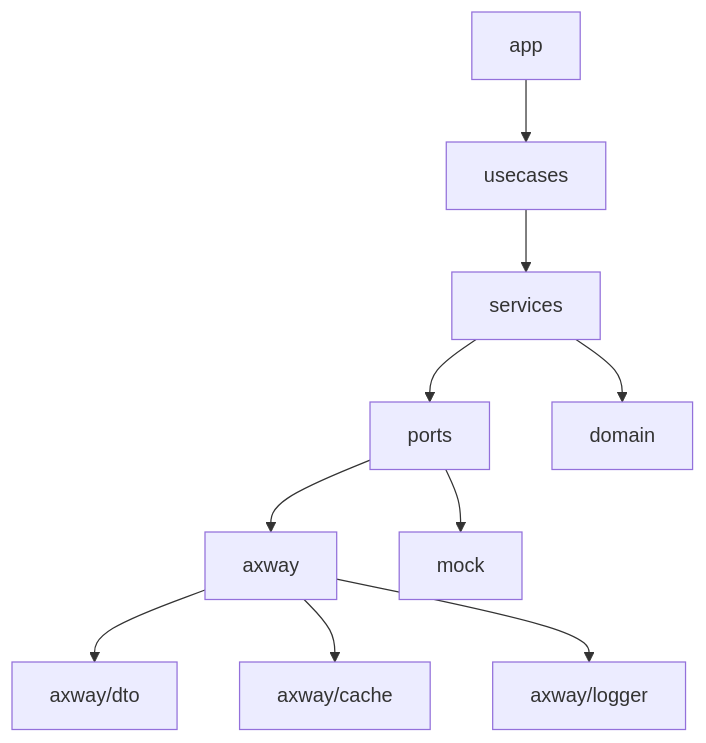
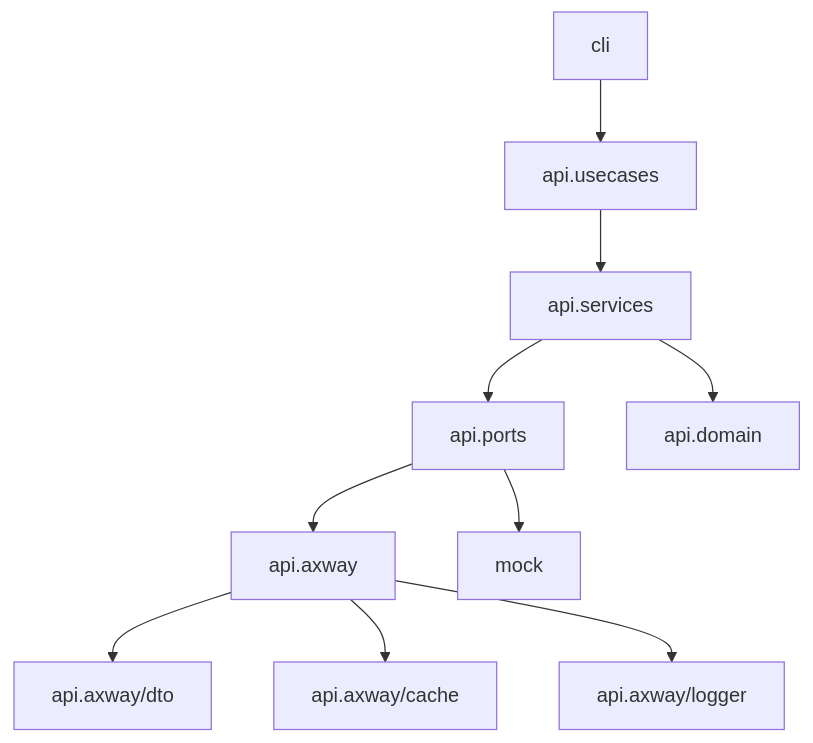
The first of 2 diagrams in docs/architecture.md (alluiz/scope-handler), drawn with Mermaid before and after one commit. The commit also changed other lines of this file and 87 other files, not shown here.

````diff
--- a/docs/architecture.md
+++ b/docs/architecture.md
@@ -6,12 +6,12 @@
 ```mermaid
 flowchart TB
-    App[app] --> UseCases[usecases]
-    UseCases --> Services[services]
-    Services --> Ports[ports]
-    Ports --> Axway[axway]
+    CLI[cli] --> UseCases[api.usecases]
+    UseCases --> Services[api.services]
+    Services --> Ports[api.ports]
+    Ports --> Axway[api.axway]
     Ports --> Mock[mock]
-    Services --> Domain[domain]
-    Axway --> AxwayDTOs[axway/dto]
-    Axway --> AxwayCache[axway/cache]
-    Axway --> AxwayLogger[axway/logger]
+    Services --> Domain[api.domain]
+    Axway --> AxwayDTOs[api.axway/dto]
+    Axway --> AxwayCache[api.axway/cache]
+    Axway --> AxwayLogger[api.axway/logger]
 ```
````
